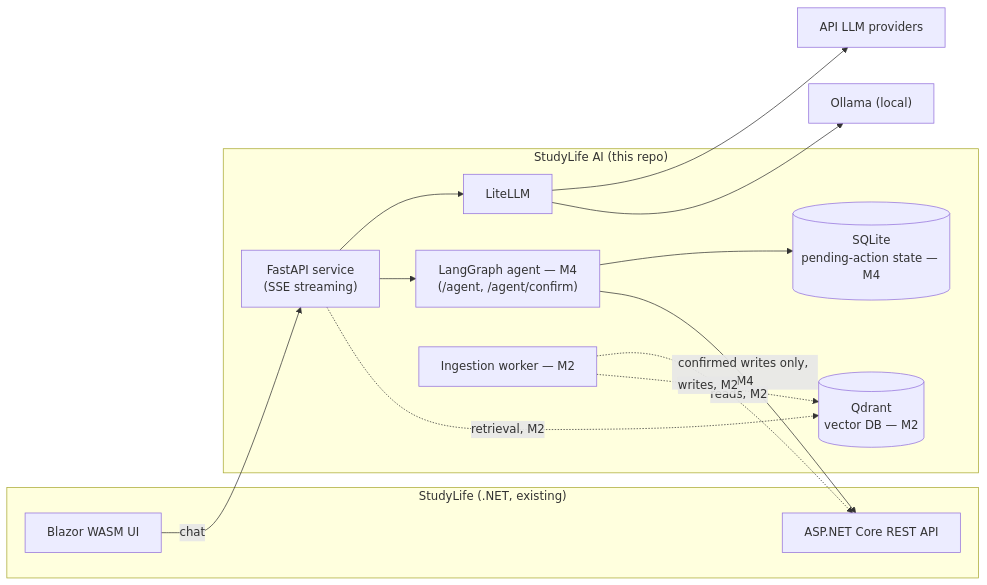
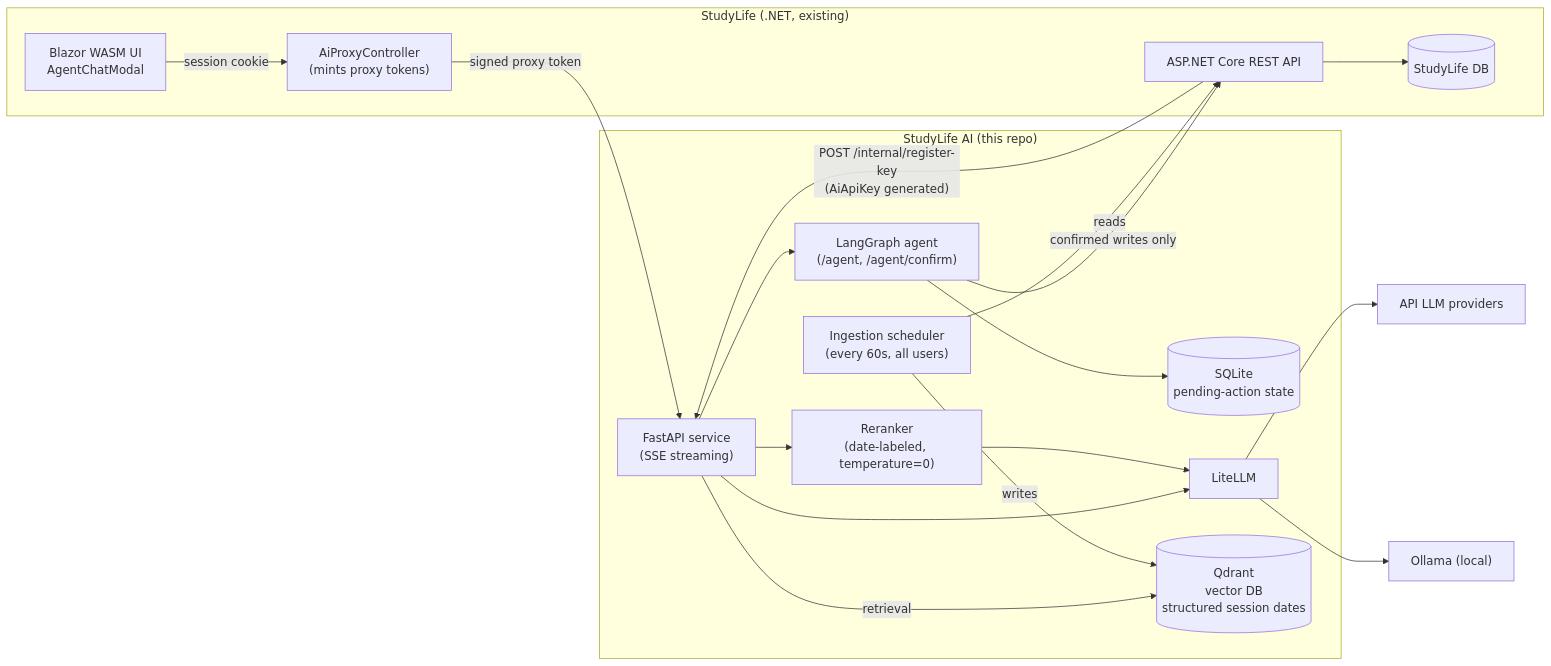
Before and after one commit to lukislp/studylife-ai: the diagram in README.md, drawn with Mermaid. The commit also changed other lines of this file and 2 other files, not shown here.

Commit message:
docs: M6 - architecture diagram, decisions.md TOC, demo walkthrough
Architecture diagram was stale (missing AiProxyController, the ingestion
scheduler, structured session dates, the reranker) - rewritten to match
current reality. docs/decisions.md gets a table of contents (84 entries
across ~500 lines needed one) and a "Post-M5 production hardening" section
grouping the substantial post-M5 work that had been flatly nested under an
unrelated "Eval-set expansion" heading. New docs/demo.md walks through real
/chat, /agent, and agent-disambiguation examples plus a full case study of
the date-handling saga - five iterations, three of them wrong or
incomplete, each caught by live testing rather than assumption.

Also: re-ran the local eval against the current production configuration
(RETRIEVAL_TOP_K=8, RERANK_MODEL=openai/gpt-4o, temperature=0 reranking) -
100% note-match across all 17 cases, including statistik-breit, previously
a documented structural miss and apparently resolved as a side effect of
the retrieval/reranker changes. README's eval numbers, status paragraph,
and roadmap updated to match; removed a stale "no scheduler yet" line left
over from the periodic-sync work.

````diff
--- a/README.md
+++ b/README.md
@@ -22,30 +24,38 @@
 ```mermaid
 flowchart LR
     subgraph StudyLife["StudyLife (.NET, existing)"]
-        BlazorUI["Blazor WASM UI"]
+        BlazorUI["Blazor WASM UI\nAgentChatModal"]
+        AiProxy["AiProxyController\n(mints proxy tokens)"]
         StudyLifeAPI["ASP.NET Core REST API"]
+        StudyLifeDB[("StudyLife DB")]
     end
 
     subgraph AI["StudyLife AI (this repo)"]
         FastAPI["FastAPI service\n(SSE streaming)"]
-        Agent["LangGraph agent — M4\n(/agent, /agent/confirm)"]
-        Checkpoints[("SQLite\npending-action state — M4")]
+        Reranker["Reranker\n(date-labeled, temperature=0)"]
+        Agent["LangGraph agent\n(/agent, /agent/confirm)"]
+        Checkpoints[("SQLite\npending-action state")]
         LiteLLM["LiteLLM"]
-        Qdrant[("Qdrant\nvector DB — M2")]
-        Ingestion["Ingestion worker — M2"]
+        Qdrant[("Qdrant\nvector DB\nstructured session dates")]
+        Scheduler["Ingestion scheduler\n(every 60s, all users)"]
     end
 
     LLMProviders["API LLM providers"]
     Ollama["Ollama (local)"]
 
-    BlazorUI -- chat --> FastAPI
+    BlazorUI -- session cookie --> AiProxy
+    AiProxy -- signed proxy token --> FastAPI
+    StudyLifeAPI -- POST /internal/register-key\n(AiApiKey generated) --> FastAPI
     FastAPI --> LiteLLM
+    FastAPI -- retrieval --> Qdrant
+    FastAPI --> Reranker
+    Reranker --> LiteLLM
     FastAPI --> Agent
     Agent --> Checkpoints
-    Agent -- confirmed writes only, M4 --> StudyLifeAPI
+    Agent -- confirmed writes only --> StudyLifeAPI
     LiteLLM --> LLMProviders
     LiteLLM --> Ollama
-    Ingestion -. reads, M2 .-> StudyLifeAPI
-    Ingestion -. writes, M2 .-> Qdrant
-    FastAPI -. retrieval, M2 .-> Qdrant
+    Scheduler -- reads --> StudyLifeAPI
+    Scheduler -- writes --> Qdrant
+    StudyLifeAPI --> StudyLifeDB
 ```
````
